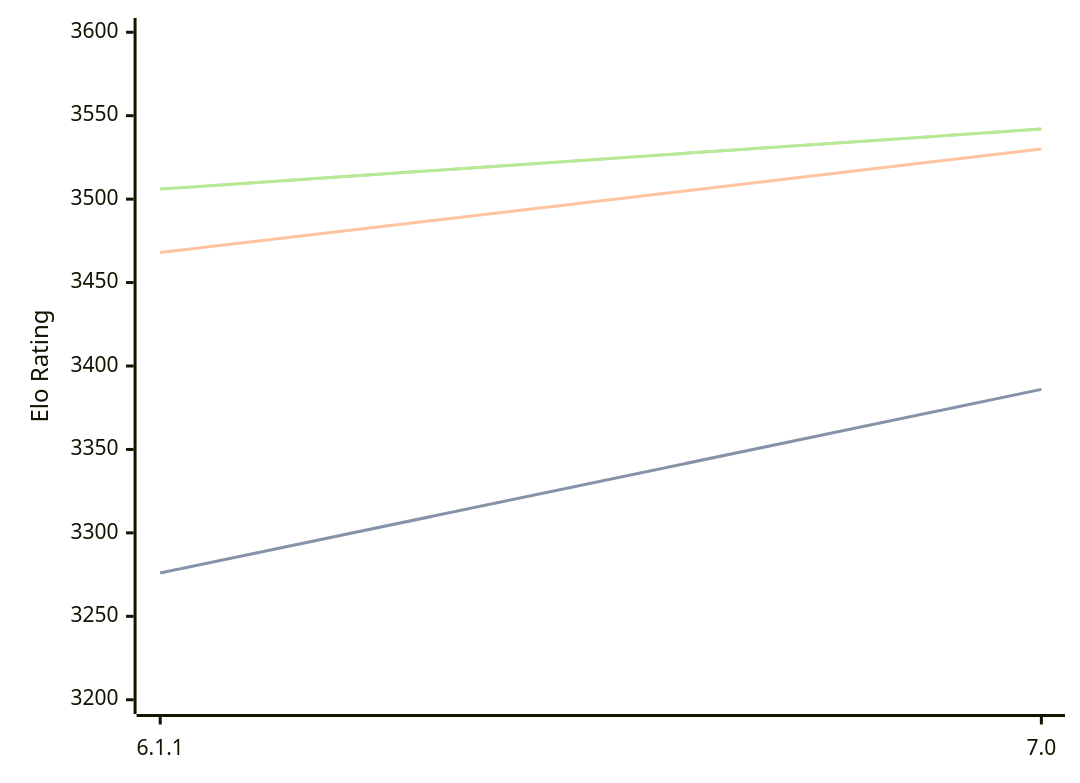
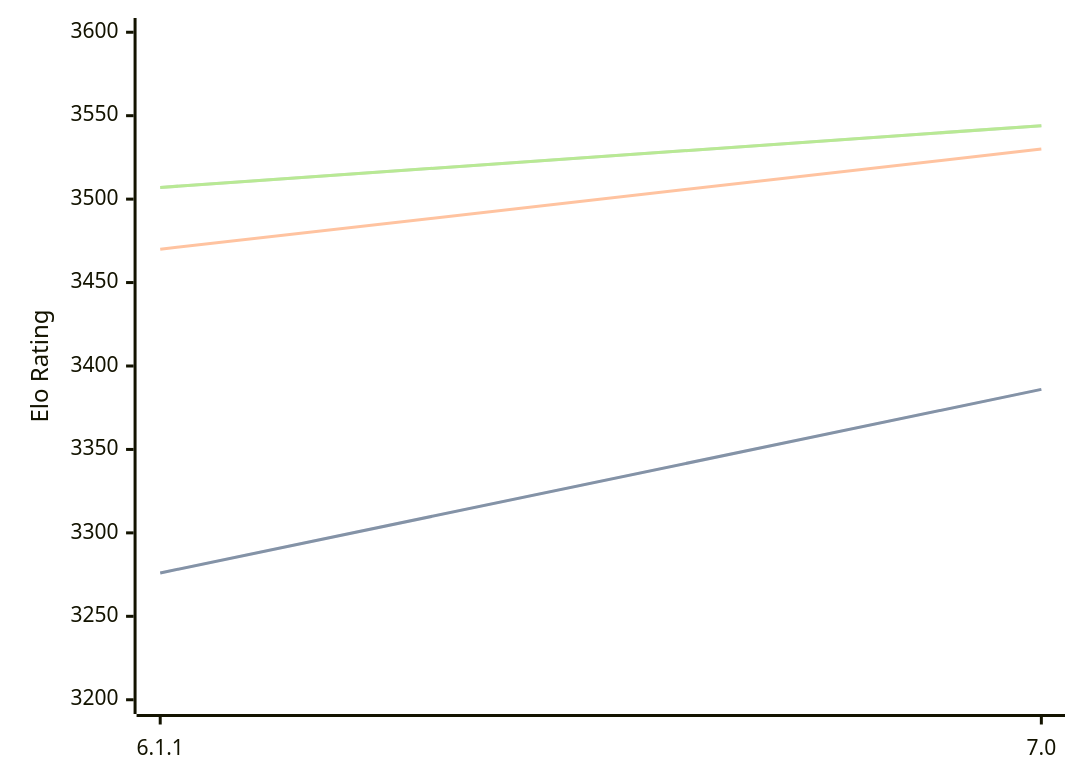
The diagram in engines/Astra.md (computer-chess-index/cci), drawn with Mermaid before and after one commit. The commit also changed other lines of this file, not shown here.

Commit message:
Update CCI Ratings (ELO VLTC) - 2026-08-19

````diff
--- a/engines/Astra.md
+++ b/engines/Astra.md
@@ -32,11 +32,11 @@
 ```mermaid
 %%{init: {"theme":"base","themeVariables":{"seriesColors:['#a3a3a3','#222221','#faa371']}}}%%
 xychart-beta
   x-axis ["6.1.1", "7.0"]
   y-axis "Elo Rating" 3200 --> 3600
   line "STC (8.0+0.08s)" [3276, 3386]
   line "STC (8.0+0.08s)" [3276, 3386]
-  line "LTC (60.0+0.60s)" [3468, 3530]
-  line "VLTC (2m24s+1.12s)" [3506, 3542]
-  line "VLTC (2m24s+1.12s)" [3506, 3542]
+  line "LTC (60.0+0.60s)" [3470, 3530]
+  line "VLTC (2m24s+1.12s)" [3507, 3544]
+  line "VLTC (2m24s+1.12s)" [3507, 3544]
 ```
````
